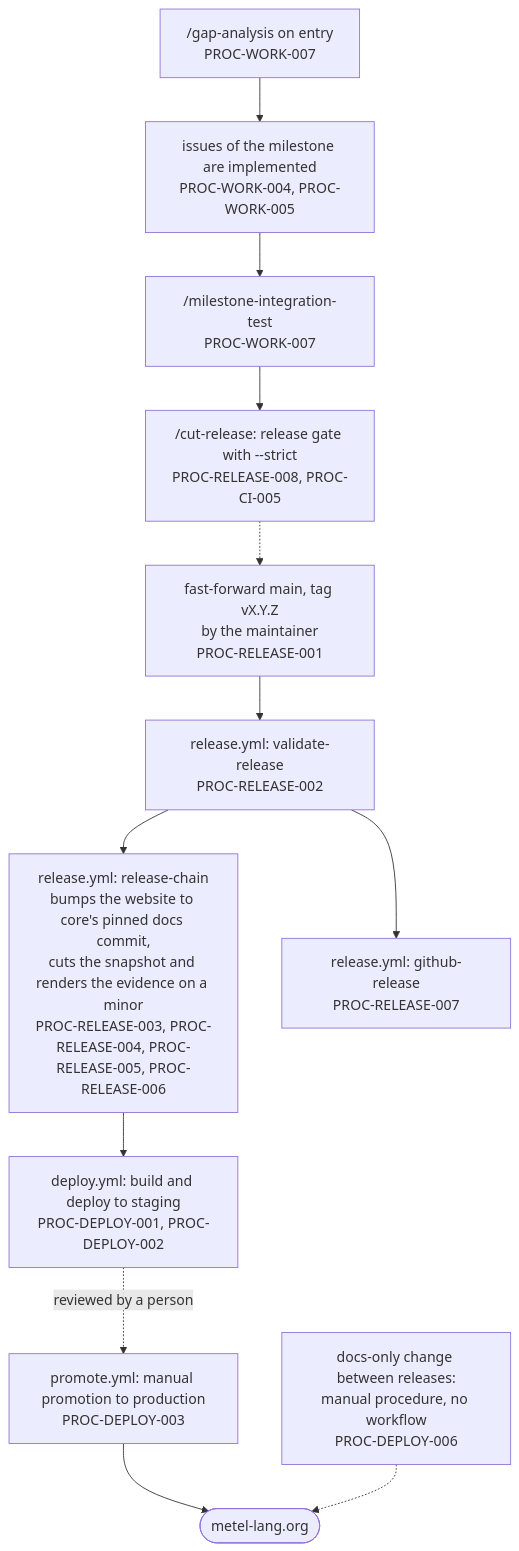
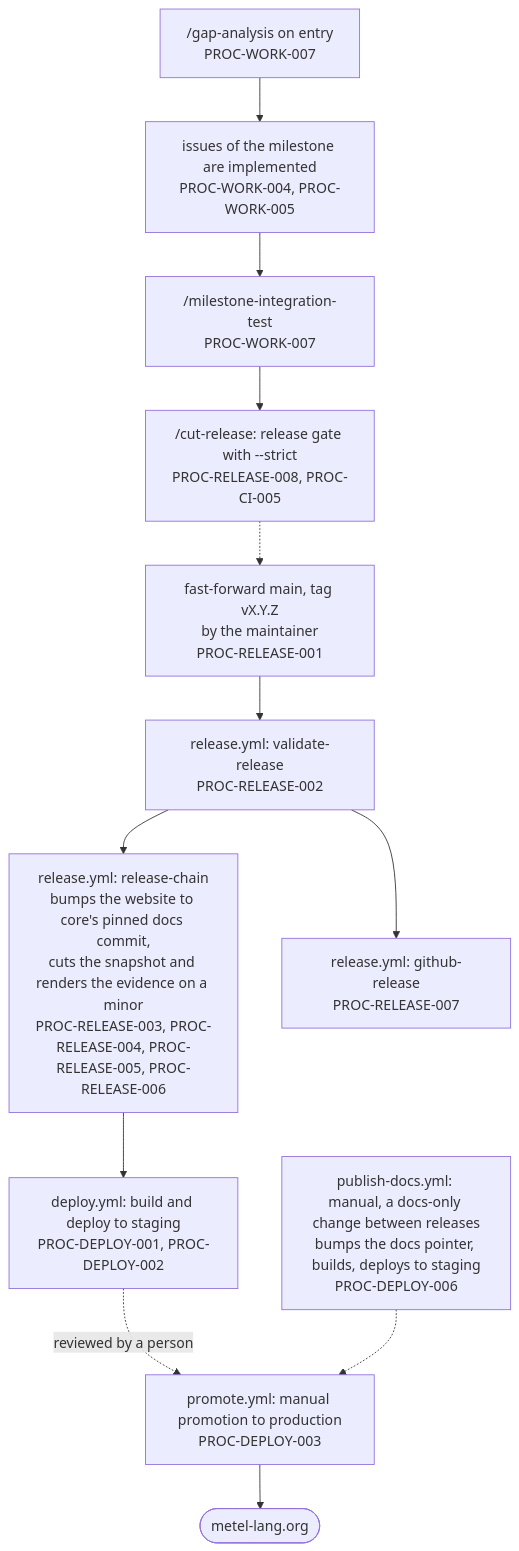
The second of 2 diagrams in operations/flows.md (metel-lang/metel-docs), drawn with Mermaid before and after one commit. The commit also changed 3 other files, not shown here.

Commit message:
feat(#692): PROC-DEPLOY-006 is implemented by publish-docs.yml; the flow and inventory show it

````diff
--- a/operations/flows.md
+++ b/operations/flows.md
@@ -50,25 +50,25 @@
 ```mermaid
 flowchart TD
     gap["/gap-analysis on entry<br/>PROC-WORK-007"]
     work["issues of the milestone are implemented<br/>PROC-WORK-004, PROC-WORK-005"]
     integ["/milestone-integration-test<br/>PROC-WORK-007"]
     gate["/cut-release: release gate with --strict<br/>PROC-RELEASE-008, PROC-CI-005"]
     tag["fast-forward main, tag vX.Y.Z<br/>by the maintainer<br/>PROC-RELEASE-001"]
     validate["release.yml: validate-release<br/>PROC-RELEASE-002"]
     chain["release.yml: release-chain<br/>bumps the website to core's pinned docs commit,<br/>cuts the snapshot and renders the evidence on a minor<br/>PROC-RELEASE-003, PROC-RELEASE-004, PROC-RELEASE-005, PROC-RELEASE-006"]
     ghrel["release.yml: github-release<br/>PROC-RELEASE-007"]
     deploy["deploy.yml: build and deploy to staging<br/>PROC-DEPLOY-001, PROC-DEPLOY-002"]
     promote["promote.yml: manual promotion to production<br/>PROC-DEPLOY-003"]
     prod(["metel-lang.org"])
-    docsOnly["docs-only change between releases:<br/>manual procedure, no workflow<br/>PROC-DEPLOY-006"]
+    docsOnly["publish-docs.yml: manual, a docs-only change between releases<br/>bumps the docs pointer, builds, deploys to staging<br/>PROC-DEPLOY-006"]
 
     gap --> work --> integ --> gate
     gate -.-> tag
     tag --> validate
     validate --> chain
     validate --> ghrel
     chain --> deploy
     deploy -. "reviewed by a person" .-> promote
     promote --> prod
-    docsOnly -.-> prod
+    docsOnly -.-> promote
 ```
````
